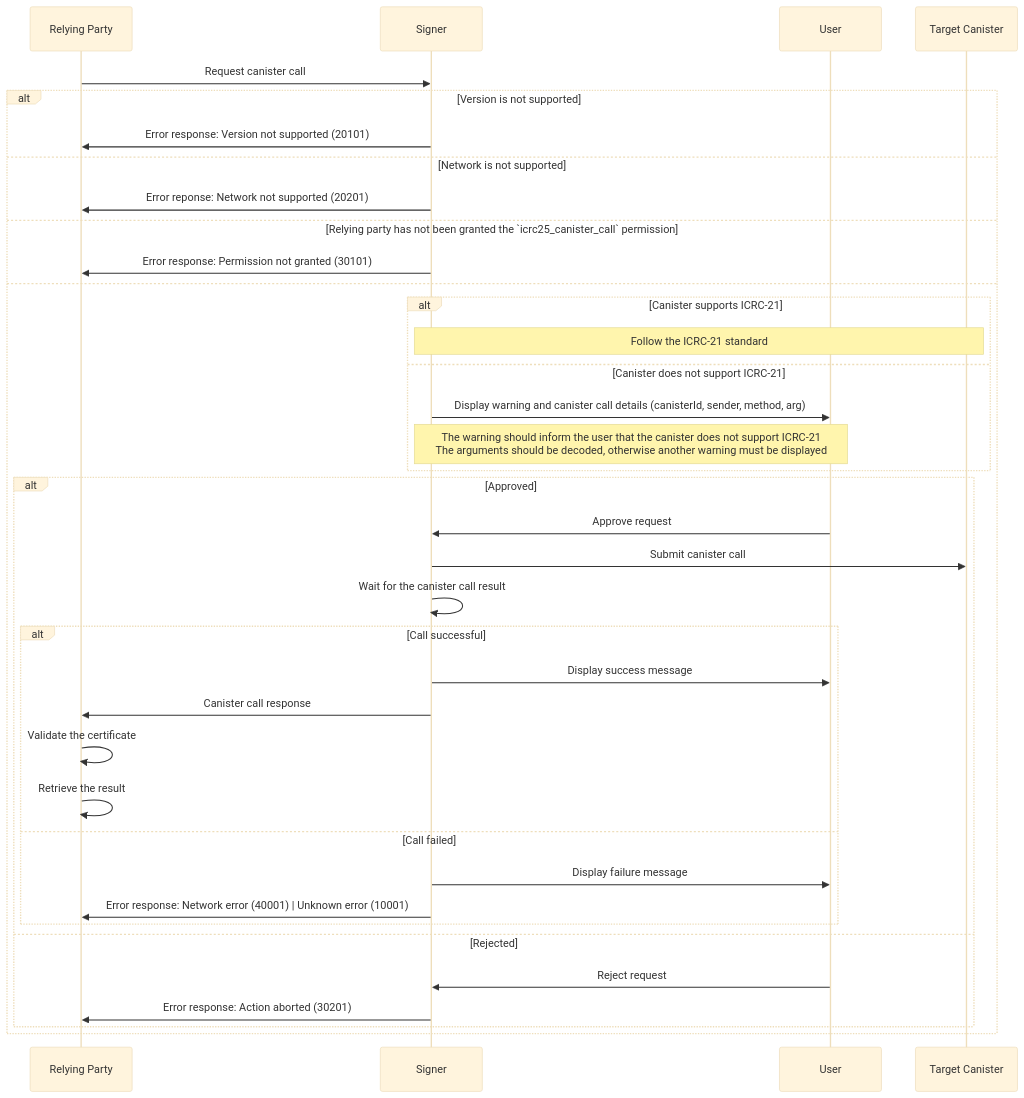
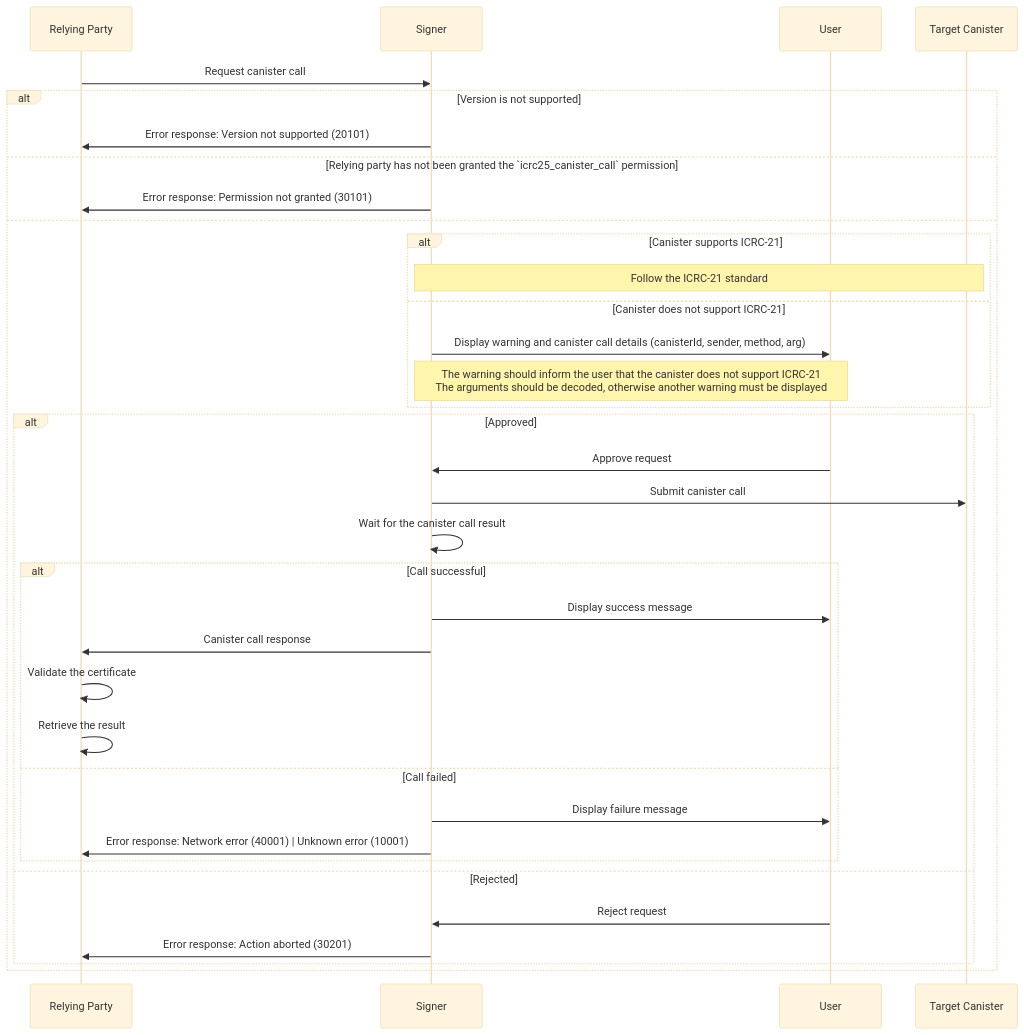
The second of 3 diagrams in topics/icrc_25_signer_interaction_standard.md (dfinity/wg-identity-authentication), drawn with Mermaid (base theme) before and after one commit. The commit also changed other lines of this file, not shown here.

First line of the commit message:
ICRC-25: Remove network selection

````diff
--- a/topics/icrc_25_signer_interaction_standard.md
+++ b/topics/icrc_25_signer_interaction_standard.md
@@ -250,40 +217,38 @@
 ```mermaid
 sequenceDiagram
     participant RP as Relying Party
     participant S as Signer
     participant U as User
     participant C as Target Canister
 
     RP ->> S: Request canister call
     alt Version is not supported
         S ->> RP: Error response: Version not supported (20101)
-    else Network is not supported
-        S ->> RP: Error reponse: Network not supported (20201)
     else Relying party has not been granted the `icrc25_canister_call` permission
         S ->> RP: Error response: Permission not granted (30101)
     else
         alt Canister supports ICRC-21
             Note over S,C: Follow the ICRC-21 standard
         else Canister does not support ICRC-21
             S ->> U: Display warning and canister call details (canisterId, sender, method, arg)
             Note over S,U: The warning should inform the user that the canister does not support ICRC-21<br/>The arguments should be decoded, otherwise another warning must be displayed
         end
         alt Approved
             U ->> S: Approve request
             S ->> C: Submit canister call
             S ->> S: Wait for the canister call result
             alt Call successful
                 S ->> U: Display success message
                 S ->> RP: Canister call response
                 RP ->> RP: Validate the certificate
                 RP ->> RP: Retrieve the result
             else Call failed
                 S ->> U: Display failure message
                 S ->> RP: Error response: Network error (40001) | Unknown error (10001)
             end
         else Rejected
             U ->> S: Reject request
             S ->> RP: Error response: Action aborted (30201)
         end
     end
 ```
````
